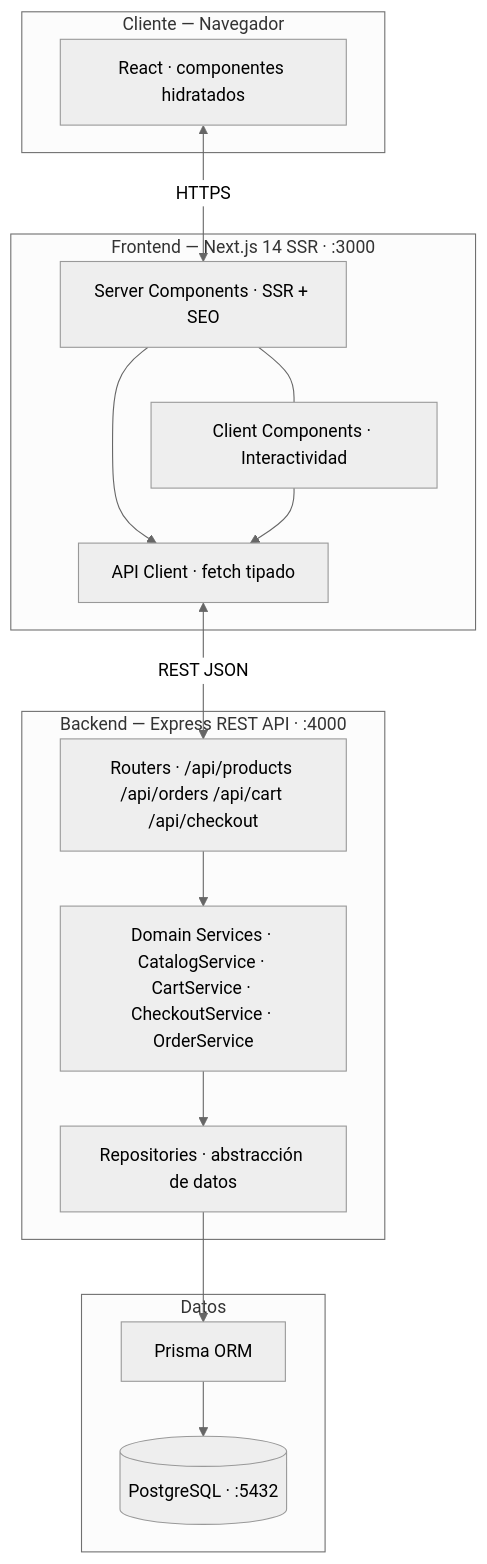
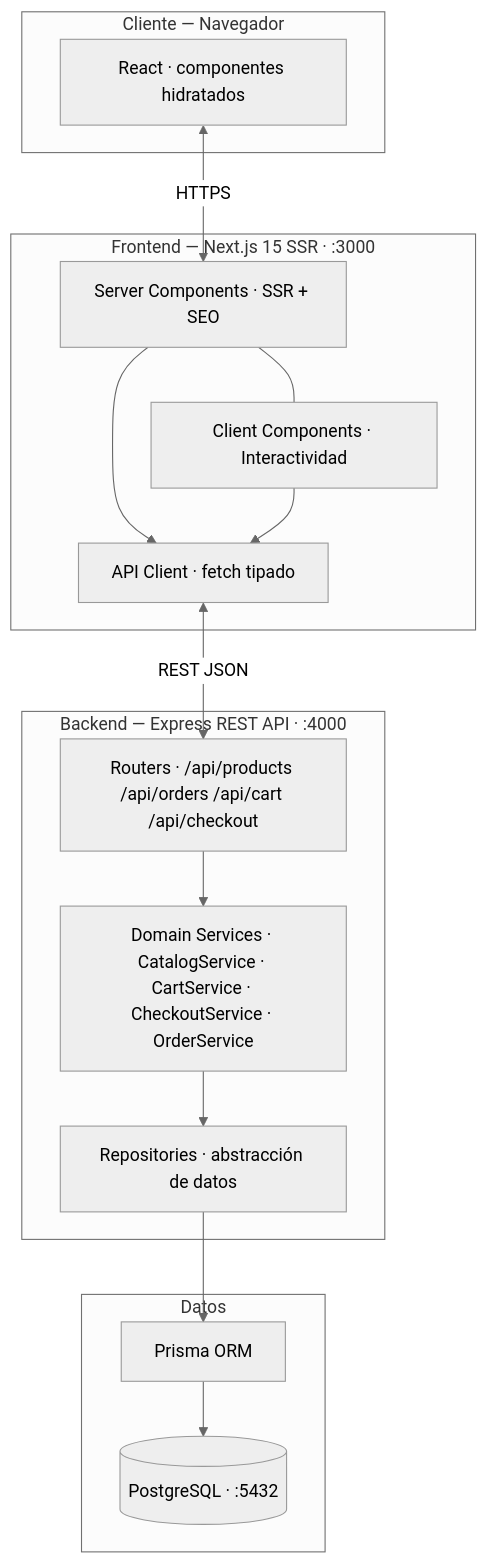
The first of 2 diagrams in readme.md (LIDR-academy/AI4Devs-finalproject), drawn with Mermaid (neutral theme) before and after one commit. The commit also changed other lines of this file and 2 other files, not shown here.

First line of the commit message:
docs(architecture): align Next.js version references with installed 15.5.19

````diff
--- a/readme.md
+++ b/readme.md
@@ -207,33 +207,33 @@
 ```mermaid
 graph TB
     subgraph Browser["Cliente — Navegador"]
         UI["React · componentes hidratados"]
     end
 
-    subgraph FE["Frontend — Next.js 14 SSR · :3000"]
+    subgraph FE["Frontend — Next.js 15 SSR · :3000"]
         SC["Server Components · SSR + SEO"]
         CC["Client Components · Interactividad"]
         APICL["API Client · fetch tipado"]
     end
 
     subgraph BE["Backend — Express REST API · :4000"]
         ROUTER["Routers · /api/products /api/orders /api/cart /api/checkout"]
         SVC["Domain Services · CatalogService · CartService · CheckoutService · OrderService"]
         REPO["Repositories · abstracción de datos"]
     end
 
     subgraph DATA["Datos"]
         ORM["Prisma ORM"]
         PG[("PostgreSQL · :5432")]
     end
 
     UI <-->|HTTPS| SC
     SC --- CC
     SC --> APICL
     CC --> APICL
     APICL <-->|"REST JSON"| ROUTER
     ROUTER --> SVC
     SVC --> REPO
     REPO --> ORM
     ORM --> PG
 ```
````
